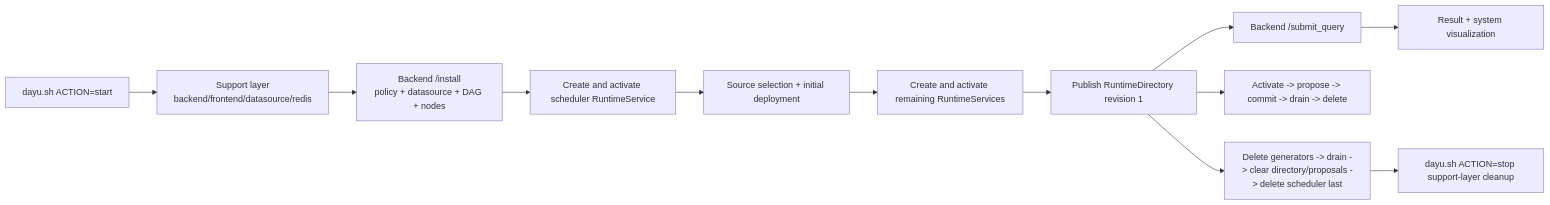
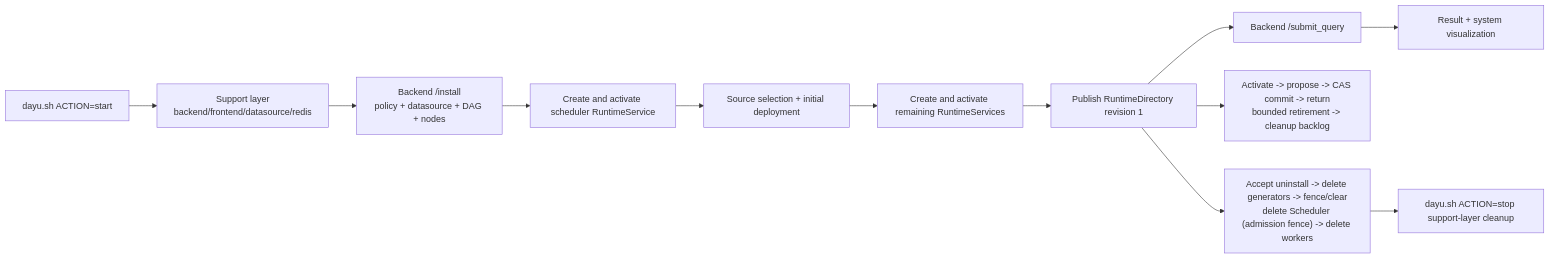
Before and after one commit to dayu-autostreamer/dayu: the first of 4 diagrams in docs/architecture/README.md, drawn with Mermaid. The commit also changed other lines of this file and 49 other files, not shown here.

````diff
--- a/docs/architecture/README.md
+++ b/docs/architecture/README.md
@@ -41,14 +41,14 @@
 ```mermaid
 flowchart LR
     START["dayu.sh ACTION=start"] --> SUPPORT["Support layer\nbackend/frontend/datasource/redis"]
     SUPPORT --> INSTALL["Backend /install\npolicy + datasource + DAG + nodes"]
     INSTALL --> SCHEDULER["Create and activate scheduler RuntimeService"]
     SCHEDULER --> DECIDE["Source selection + initial deployment"]
     DECIDE --> RUNTIME["Create and activate remaining RuntimeServices"]
     RUNTIME --> DIRECTORY["Publish RuntimeDirectory revision 1"]
     DIRECTORY --> QUERY["Backend /submit_query"]
     QUERY --> RESULTS["Result + system visualization"]
-    DIRECTORY --> REDEPLOY["Activate -> propose -> commit -> drain -> delete"]
-    DIRECTORY --> STOP["Delete generators -> drain -> clear directory/proposals -> delete scheduler last"]
+    DIRECTORY --> REDEPLOY["Activate -> propose -> CAS commit -> return\nbounded retirement -> cleanup backlog"]
+    DIRECTORY --> STOP["Accept uninstall -> delete generators -> fence/clear\ndelete Scheduler (admission fence) -> delete workers"]
     STOP --> CLEAN["dayu.sh ACTION=stop support-layer cleanup"]
 ```
````
